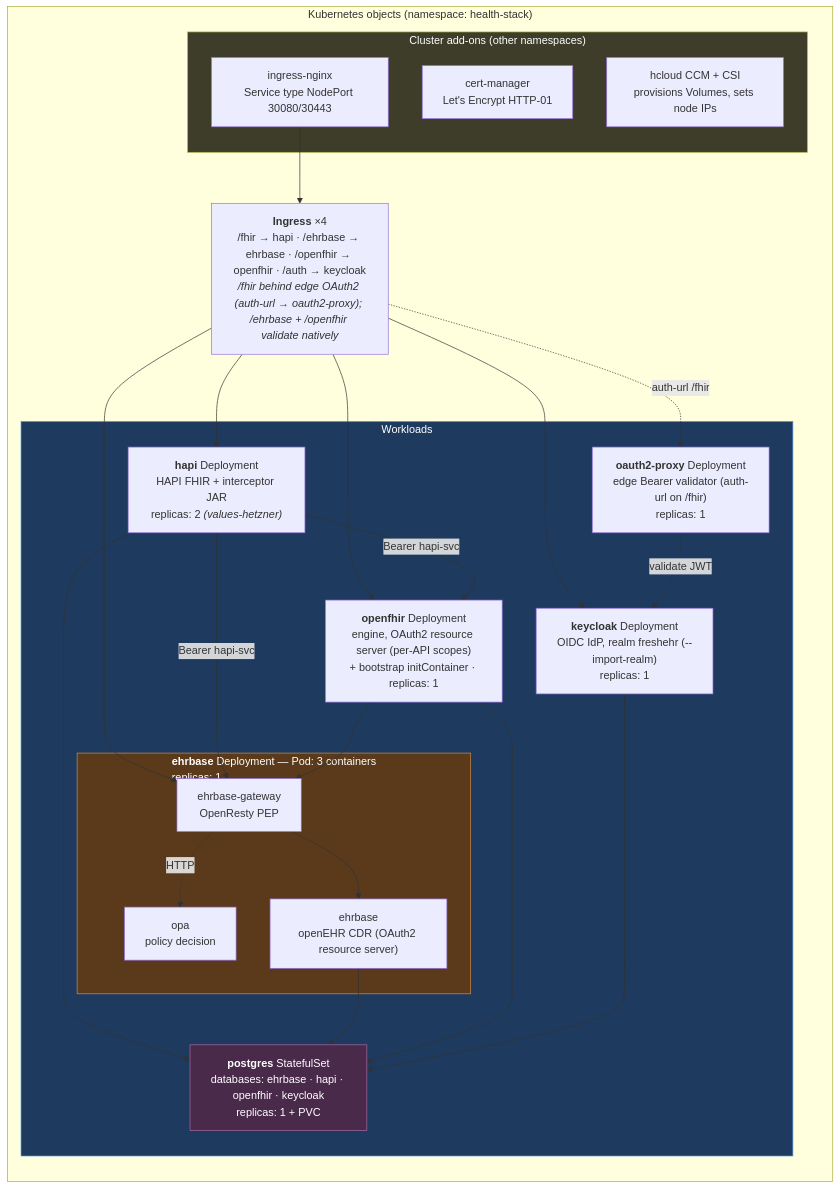
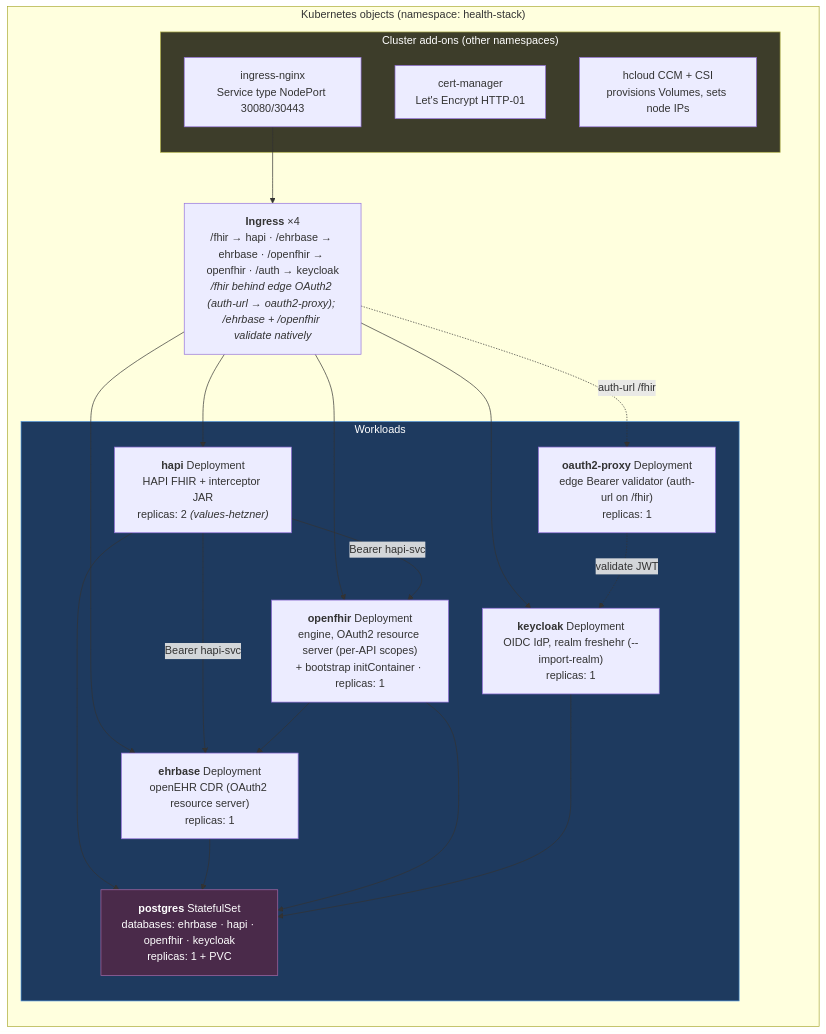
Before and after one commit to joostholslag/Open-health-stack: the second of 2 diagrams in docs/hetzner-architecture.md, drawn with Mermaid. The commit also changed other lines of this file and 16 other files, not shown here.

````diff
--- a/docs/hetzner-architecture.md
+++ b/docs/hetzner-architecture.md
@@ -76,42 +76,35 @@
 ```mermaid
 flowchart TB
   subgraph k8s["Kubernetes objects (namespace: health-stack)"]
     direction TB
     ing["<b>Ingress</b> ×4<br/>/fhir → hapi · /ehrbase → ehrbase · /openfhir → openfhir · /auth → keycloak<br/><i>/fhir behind edge OAuth2 (auth-url → oauth2-proxy); /ehrbase + /openfhir validate natively</i>"]
 
     subgraph wl["Workloads"]
       hapi["<b>hapi</b> Deployment<br/>HAPI FHIR + interceptor JAR<br/>replicas: 2 <i>(values-hetzner)</i>"]
-      subgraph ehrpod["<b>ehrbase</b> Deployment — Pod: 3 containers<br/>replicas: 1"]
-        ehrgw["ehrbase-gateway<br/>OpenResty PEP"]
-        opa["opa<br/>policy decision"]
-        ehr["ehrbase<br/>openEHR CDR (OAuth2 resource server)"]
-      end
+      ehr["<b>ehrbase</b> Deployment<br/>openEHR CDR (OAuth2 resource server)<br/>replicas: 1"]
       of["<b>openfhir</b> Deployment<br/>engine, OAuth2 resource server (per-API scopes)<br/>+ bootstrap initContainer · replicas: 1"]
       kc["<b>keycloak</b> Deployment<br/>OIDC IdP, realm freshehr (--import-realm)<br/>replicas: 1"]
       o2p["<b>oauth2-proxy</b> Deployment<br/>edge Bearer validator (auth-url on /fhir)<br/>replicas: 1"]
       pg["<b>postgres</b> StatefulSet<br/>databases: ehrbase · hapi · openfhir · keycloak<br/>replicas: 1 + PVC"]
     end
 
     subgraph sys["Cluster add-ons (other namespaces)"]
       ngx["ingress-nginx<br/>Service type NodePort 30080/30443"]
       cm["cert-manager<br/>Let's Encrypt HTTP-01"]
       ccm["hcloud CCM + CSI<br/>provisions Volumes, sets node IPs"]
     end
   end
 
-  ing --> hapi & ehrgw & of & kc
+  ing --> hapi & ehr & of & kc
   ing -.->|auth-url /fhir| o2p
   o2p -.->|validate JWT| kc
   hapi -->|Bearer hapi-svc| of
-  hapi -->|Bearer hapi-svc| ehrgw
-  ehrgw -.->|HTTP| opa
-  ehrgw --> ehr
-  of --> ehrgw
+  hapi -->|Bearer hapi-svc| ehr
+  of --> ehr
   hapi & ehr & of & kc --> pg
   ngx --> ing
 
   style pg fill:#4a2a4a,stroke:#a96aa9,color:#fff
   style wl fill:#1e3a5f,stroke:#4a90d9,color:#fff
   style sys fill:#3d3d2a,stroke:#b0b04a,color:#fff
-  style ehrpod fill:#5a3a1a,stroke:#d98c3f,color:#fff
 ```
````
